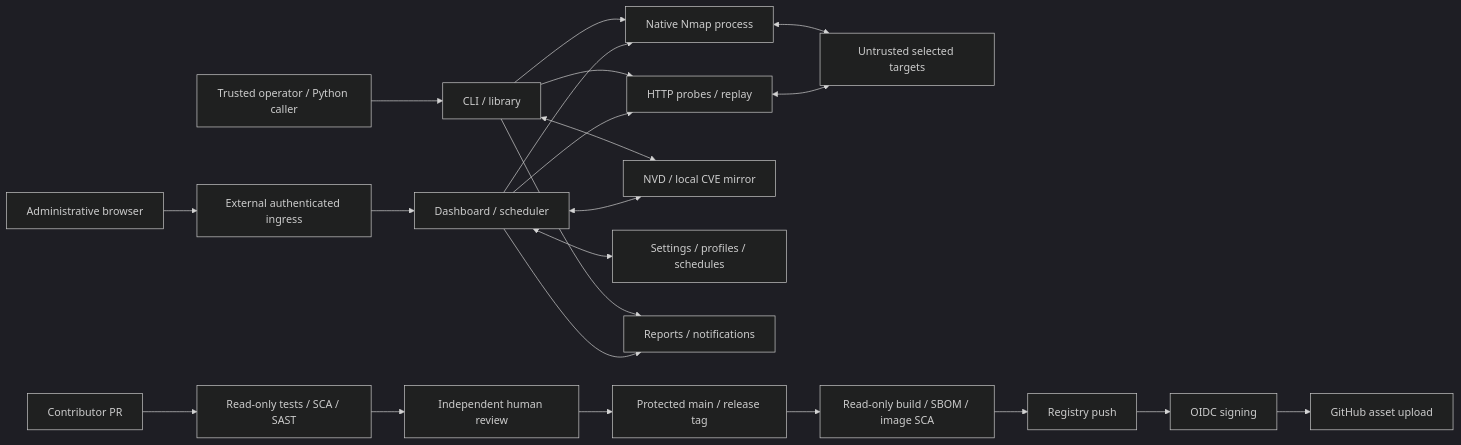
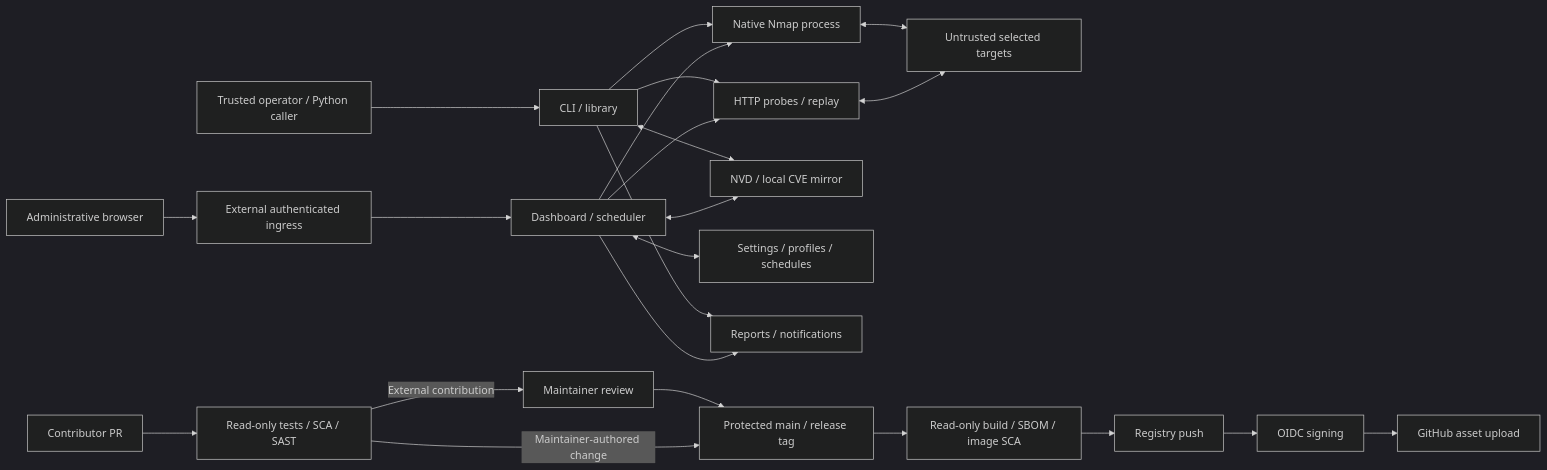
The diagram in docs/THREAT_MODEL.md (GamehunterKaan/AutoPWN-Suite), drawn with Mermaid (dark theme) before and after one commit. The commit also changed other lines of this file and 7 other files, not shown here.

Commit message:
Remove mandatory independent human review gate

````diff
--- a/docs/THREAT_MODEL.md
+++ b/docs/THREAT_MODEL.md
@@ -31,24 +31,25 @@
 ```mermaid
 flowchart LR
   O[Trusted operator / Python caller] --> C[CLI / library]
   B[Administrative browser] --> I[External authenticated ingress]
   I --> W[Dashboard / scheduler]
   C --> N[Native Nmap process]
   W --> N
   C --> H[HTTP probes / replay]
   W --> H
   N <--> T[Untrusted selected targets]
   H <--> T
   C <--> V[NVD / local CVE mirror]
   W <--> V
   W <--> D[Settings / profiles / schedules]
   C --> R[Reports / notifications]
   W --> R
   P[Contributor PR] --> Q[Read-only tests / SCA / SAST]
-  Q --> U[Independent human review]
+  Q -->|External contribution| U[Maintainer review]
   U --> M[Protected main / release tag]
+  Q -->|Maintainer-authored change| M
   M --> A[Read-only build / SBOM / image SCA]
   A --> X[Registry push]
   X --> S[OIDC signing]
   S --> G[GitHub asset upload]
 ```
````
